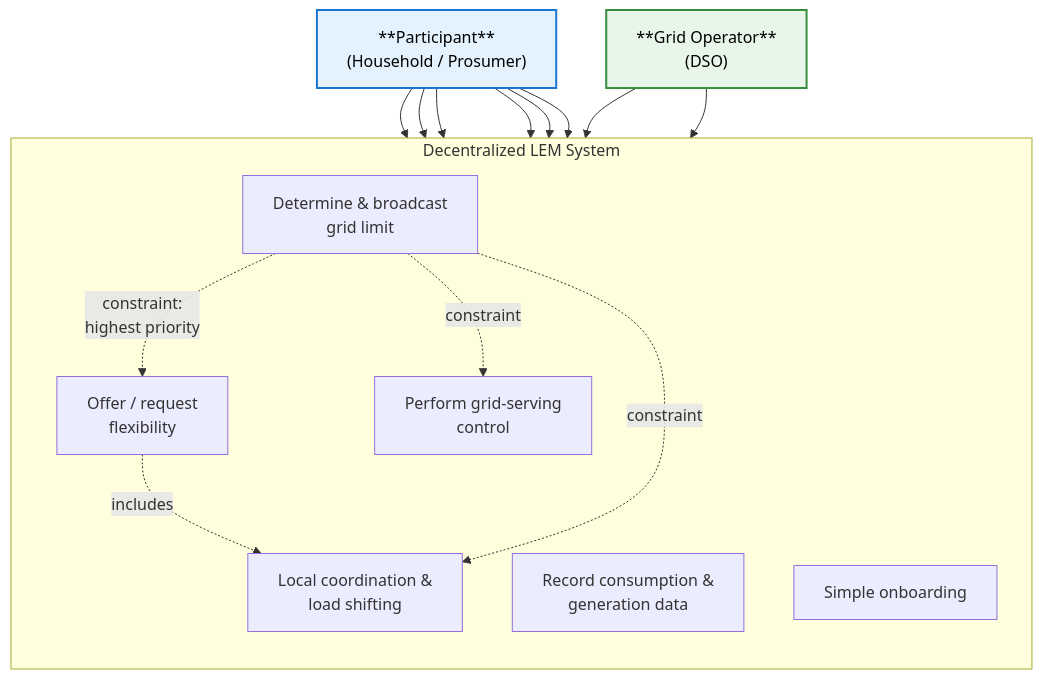
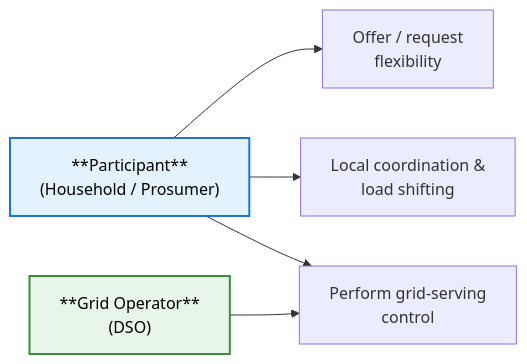
The second of 2 diagrams in LEM-Requirements.md (FunCyRanger/LEM), drawn with Mermaid before and after one commit. The commit also changed other lines of this file, not shown here.

Commit message:
Split single complex use-case diagram into two simple phase-based diagrams

````diff
--- a/LEM-Requirements.md
+++ b/LEM-Requirements.md
@@ -49,33 +65,14 @@
 ```mermaid
-flowchart TD
-    subgraph "Decentralized LEM System"
-        direction TB
-        UC01["Determine & broadcast\ngrid limit"]
-        UC02["Record consumption &\ngeneration data"]
-        UC03["Offer / request\nflexibility"]
-        UC04["Local coordination &\nload shifting"]
-        UC05["Simple onboarding"]
-        UC06["Perform grid-serving\ncontrol"]
-    end
-
+flowchart LR
     Participant["**Participant**\n(Household / Prosumer)"]:::actor
     DSO["**Grid Operator**\n(DSO)"]:::dso
 
-    Participant --> UC01
-    Participant --> UC02
-    Participant --> UC03
-    Participant --> UC04
-    Participant --> UC05
-    Participant --> UC06
+    Participant --> UC03["Offer / request\nflexibility"]
+    Participant --> UC04["Local coordination &\nload shifting"]
+    Participant --> UC06["Perform grid-serving\ncontrol"]
 
-    DSO --> UC01
     DSO --> UC06
-
-    UC03 -.->|includes| UC04
-    UC01 -.->|constraint:\nhighest priority| UC03
-    UC01 -.->|constraint| UC04
-    UC01 -.->|constraint| UC06
 
     classDef actor fill:#e3f2fd,stroke:#1976d2,stroke-width:2px,color:#000
     classDef dso fill:#e8f5e9,stroke:#388e3c,stroke-width:2px,color:#000
 ```
````
